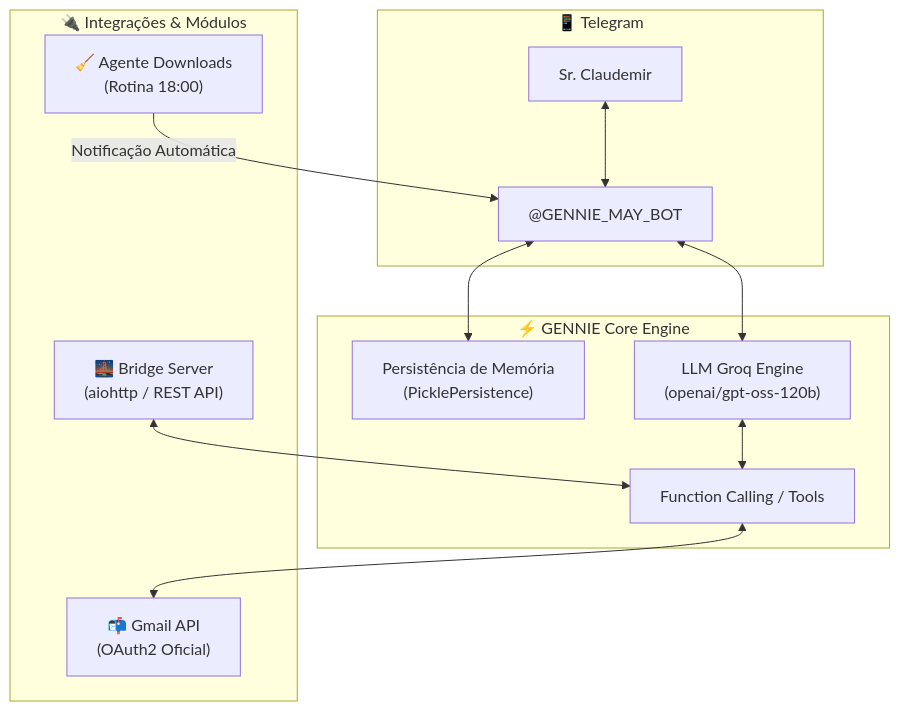
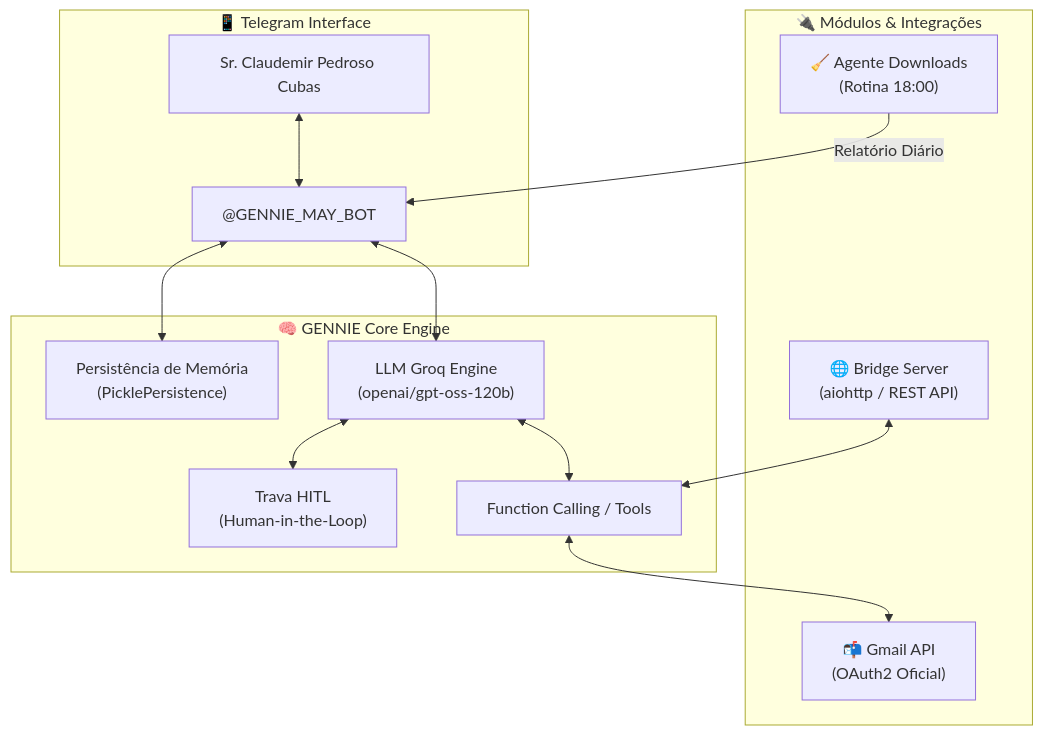
The diagram in README.md (claudemirpc68-del/GENNIE), drawn with Mermaid before and after one commit. The commit also changed other lines of this file, not shown here.

Commit message:
docs: atualiza README com funcionalidades principais e postura executiva da GENNIE

````diff
--- a/README.md
+++ b/README.md
@@ -26,23 +40,25 @@
 ```mermaid
 flowchart TD
-    subgraph Telegram ["📱 Telegram"]
-        User["Sr. Claudemir"] <--> Bot["@GENNIE_MAY_BOT"]
+    subgraph Telegram ["📱 Telegram Interface"]
+        User["Sr. Claudemir Pedroso Cubas"] <--> Bot["@GENNIE_MAY_BOT"]
     end
 
-    subgraph Core ["⚡ GENNIE Core Engine"]
+    subgraph Core ["🧠 GENNIE Core Engine"]
         Bot <--> Memory["Persistência de Memória
 (PicklePersistence)"]
         Bot <--> LLM["LLM Groq Engine
 (openai/gpt-oss-120b)"]
+        LLM <--> Security["Trava HITL
+(Human-in-the-Loop)"]
         LLM <--> FC["Function Calling / Tools"]
     end
 
-    subgraph Integracoes ["🔌 Integrações & Módulos"]
+    subgraph Integracoes ["🔌 Módulos & Integrações"]
         FC <--> Gmail["📬 Gmail API
 (OAuth2 Oficial)"]
         DownAgent["🧹 Agente Downloads
-(Rotina 18:00)"] -->|Notificação Automática| Bot
-        Bridge["🌉 Bridge Server
+(Rotina 18:00)"] -->|Relatório Diário| Bot
+        Bridge["🌐 Bridge Server
 (aiohttp / REST API)"] <--> FC
     end
 ```
````
